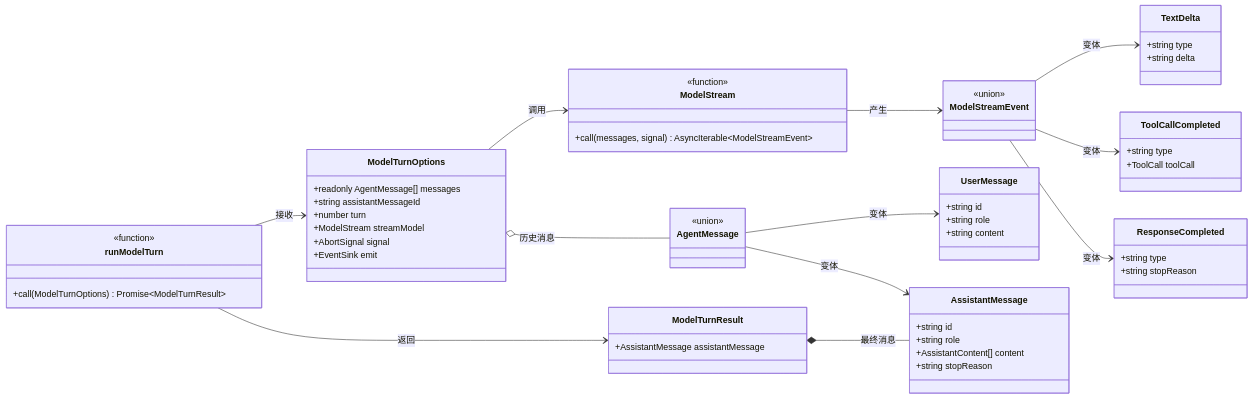
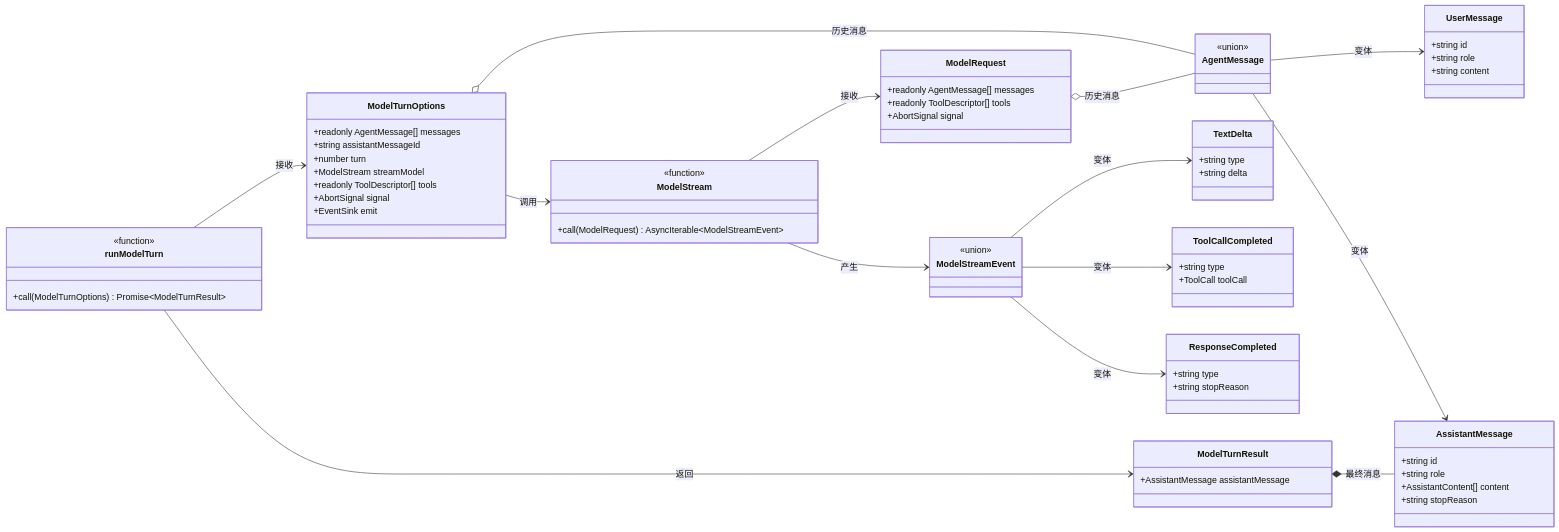
One commit to kogorou0105-bit/landache changed the diagram in docs/zh-CN/architecture/model-turn.md. Above: the diagram before and after it, drawn with Mermaid. The commit also changed other lines of this file and 49 other files, not shown here.

```diff
--- a/docs/zh-CN/architecture/model-turn.md
+++ b/docs/zh-CN/architecture/model-turn.md
@@ -94,13 +94,20 @@
         +string assistantMessageId
         +number turn
         +ModelStream streamModel
+        +readonly ToolDescriptor[] tools
         +AbortSignal signal
         +EventSink emit
     }
 
     class ModelStream {
         <<function>>
-        +call(messages, signal) AsyncIterable~ModelStreamEvent~
+        +call(ModelRequest) AsyncIterable~ModelStreamEvent~
+    }
+
+    class ModelRequest {
+        +readonly AgentMessage[] messages
+        +readonly ToolDescriptor[] tools
+        +AbortSignal signal
     }
 
     class ModelStreamEvent {
@@ -147,6 +154,8 @@
     runModelTurn --> ModelTurnResult : 返回
     ModelTurnOptions o-- AgentMessage : 历史消息
     ModelTurnOptions --> ModelStream : 调用
+    ModelStream --> ModelRequest : 接收
+    ModelRequest o-- AgentMessage : 历史消息
     ModelStream --> ModelStreamEvent : 产生
     ModelStreamEvent --> TextDelta : 变体
     ModelStreamEvent --> ToolCallCompleted : 变体
```
